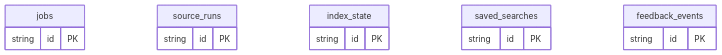
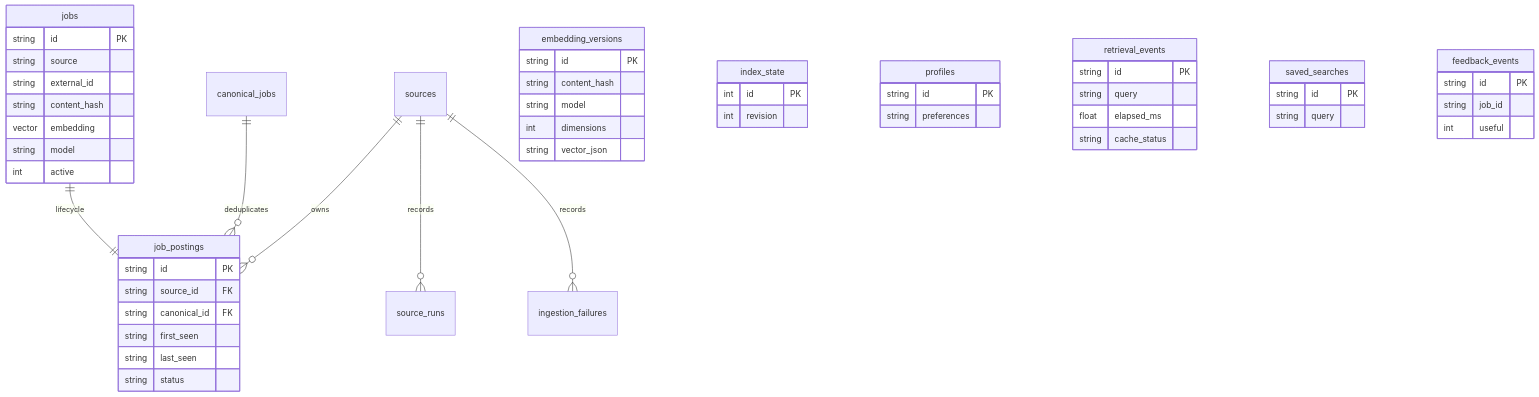
One commit to Kanishkar843/DeltaIndex- changed the diagram in docs/DATABASE_ERD.md. Above: the diagram before and after it, drawn with Mermaid. The commit also changed other lines of this file and 60 other files, not shown here.

Commit message:
Implement incremental hybrid retrieval, real model benchmark and React dashboard with service acceptance

````diff
--- a/docs/DATABASE_ERD.md
+++ b/docs/DATABASE_ERD.md
@@ -3,18 +5,55 @@
 ```mermaid
 erDiagram
+    sources ||--o{ job_postings : owns
+    jobs ||--|| job_postings : lifecycle
+    canonical_jobs ||--o{ job_postings : deduplicates
+    sources ||--o{ source_runs : records
+    sources ||--o{ ingestion_failures : records
     jobs {
         string id PK
+        string source
+        string external_id
+        string content_hash
+        vector embedding
+        string model
+        int active
     }
-    source_runs {
+    job_postings {
         string id PK
+        string source_id FK
+        string canonical_id FK
+        string first_seen
+        string last_seen
+        string status
+    }
+    embedding_versions {
+        string id PK
+        string content_hash
+        string model
+        int dimensions
+        string vector_json
     }
     index_state {
+        int id PK
+        int revision
+    }
+    profiles {
         string id PK
+        string preferences
+    }
+    retrieval_events {
+        string id PK
+        string query
+        float elapsed_ms
+        string cache_status
     }
     saved_searches {
         string id PK
+        string query
     }
     feedback_events {
         string id PK
+        string job_id
+        int useful
     }
 ```
````
